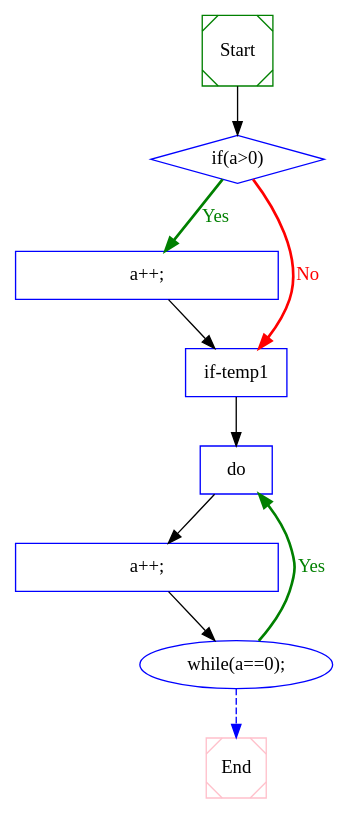
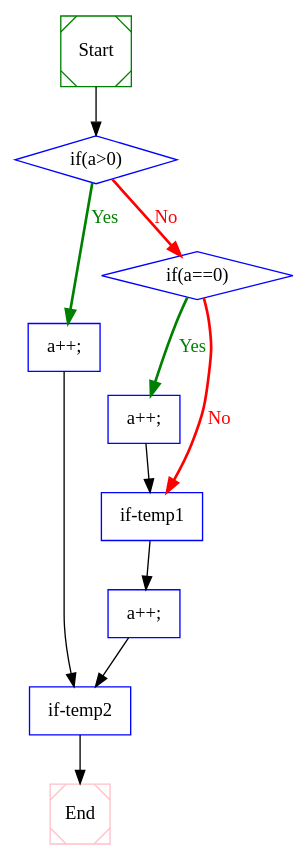
One commit to Naplues/Static-Analysis changed the diagram in out/test.dot. Above: the diagram before and after it, drawn with Graphviz. The commit also changed 5 other files, not shown here.

```diff
--- a/out/test.dot
+++ b/out/test.dot
@@ -1,27 +1,30 @@
 digraph CFG {
  1  [shape = Msquare, color = green, label = "Start", ]
- 2  [shape = diamond, color = blue, label = "if(a>0) ", ]
- 3  [shape = box, color = blue, label = "				a++;", ]
- 4  [shape = box, color = blue, label = "if-temp1", ]
- 5  [shape = box, color = blue, label = "do ", ]
- 6  [shape = box, color = blue, label = "				a++;", ]
- 7  [shape = ellipse, color = blue, label = "while(a==0);", ]
- 8  [shape = Msquare, color = pink, label = "End", ]
+ 2  [shape = diamond, color = blue, label = "if(a>0)", ]
+ 3  [shape = box, color = blue, label = "a++;", ]
+ 4  [shape = diamond, color = blue, label = "if(a==0)", ]
+ 5  [shape = box, color = blue, label = "a++;", ]
+ 6  [shape = box, color = blue, label = "if-temp1", ]
+ 7  [shape = box, color = blue, label = "a++;", ]
+ 8  [shape = box, color = blue, label = "if-temp2", ]
+ 9  [shape = Msquare, color = pink, label = "End", ]
  1  ->  2  [style = solid, label="", fillcolor = black, color = black, fontcolor = black]
 
  2  ->  4  [style = bold, label="No", fillcolor = red, color = red, fontcolor = red]
  2  ->  3  [style = bold, label="Yes", fillcolor = green, color = green, fontcolor = green]
 
- 3  ->  4  [style = solid, label="", fillcolor = black, color = black, fontcolor = black]
+ 3  ->  8  [style = solid, label="", fillcolor = black, color = black, fontcolor = black]
 
- 4  ->  5  [style = solid, label="", fillcolor = black, color = black, fontcolor = black]
+ 4  ->  6  [style = bold, label="No", fillcolor = red, color = red, fontcolor = red]
+ 4  ->  5  [style = bold, label="Yes", fillcolor = green, color = green, fontcolor = green]
 
  5  ->  6  [style = solid, label="", fillcolor = black, color = black, fontcolor = black]
 
  6  ->  7  [style = solid, label="", fillcolor = black, color = black, fontcolor = black]
 
- 7  ->  8  [style = dashed, label="", fillcolor = blue, color = blue, fontcolor = blue]
- 7  ->  5  [style = bold, label="Yes", fillcolor = green, color = green, fontcolor = green]
+ 7  ->  8  [style = solid, label="", fillcolor = black, color = black, fontcolor = black]
+
+ 8  ->  9  [style = solid, label="", fillcolor = black, color = black, fontcolor = black]
 
 
 }
```
